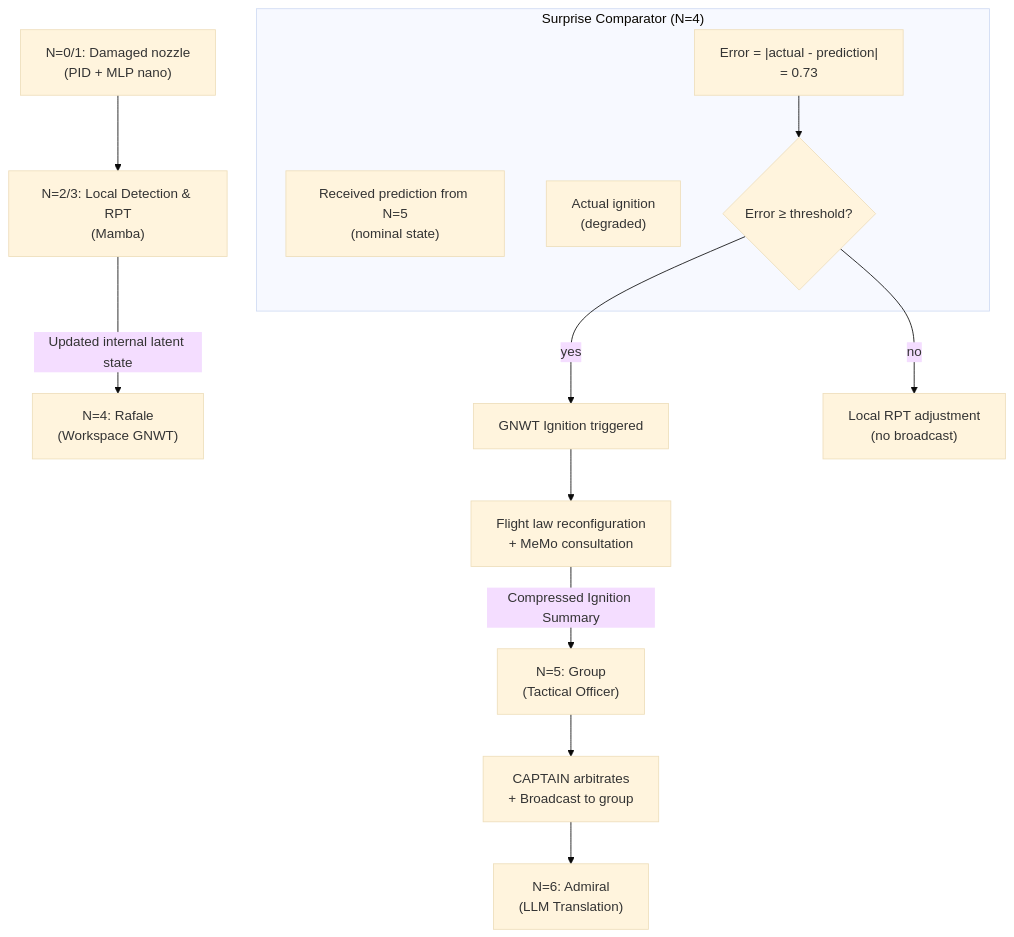
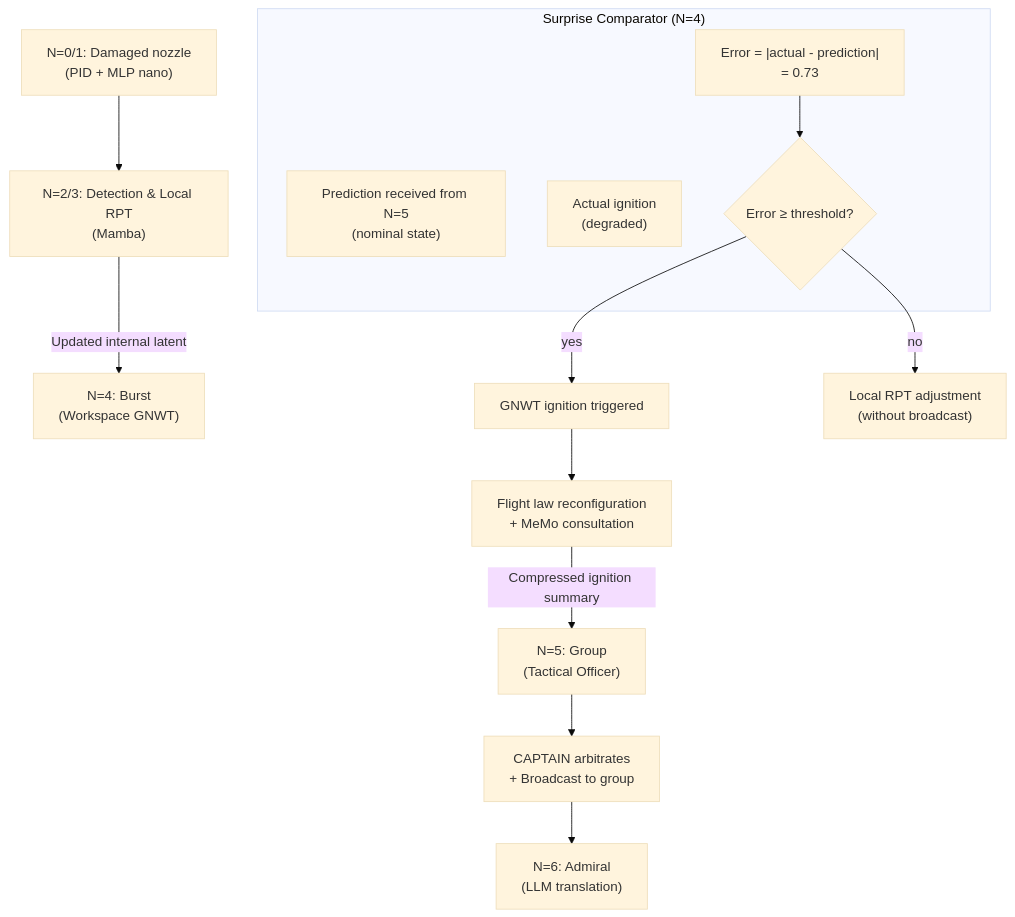
The sixth of 8 diagrams in architecture/architecture.md (AlainCo/GNWT-Garrigue-X-en), drawn with Mermaid (base theme) before and after one commit. The commit also changed other lines of this file and 31 other files, not shown here.

````diff
--- a/architecture/architecture.md
+++ b/architecture/architecture.md
@@ -133,23 +133,23 @@
 ```mermaid
 flowchart TD
-    A["N=0/1: Damaged nozzle\n(PID + MLP nano)"]
-    --> B["N=2/3: Local Detection & RPT\n(Mamba)"]
+    A["N=0/1: Damaged nozzle\n(PID + MLP nano)"] 
+    --> B["N=2/3: Detection & Local RPT\n(Mamba)"]
 
-    B -->|"Updated internal latent state"| C["N=4: Rafale\n(Workspace GNWT)"]
+    B -->|"Updated internal latent"| C["N=4: Burst\n(Workspace GNWT)"]
 
     subgraph Comparator ["Surprise Comparator (N=4)"]
-        D1["Received prediction from N=5\n(nominal state)"]
+        D1["Prediction received from N=5\n(nominal state)"]
         D2["Actual ignition\n(degraded)"]
         D3["Error = |actual - prediction|\n= 0.73"]
         D4{Error ≥ threshold?}
     end
 
     D3 --> D4
-    D4 -->|yes| E["GNWT Ignition triggered"]
-    D4 -->|no| F["Local RPT adjustment\n(no broadcast)"]
+    D4 -->|yes| E["GNWT ignition triggered"]
+    D4 -->|no| F["Local RPT adjustment\n(without broadcast)"]
 
     E --> G["Flight law reconfiguration\n+ MeMo consultation"]
-    G -->|"Compressed Ignition Summary"| H["N=5: Group\n(Tactical Officer)"]
+    G -->|"Compressed ignition summary"| H["N=5: Group\n(Tactical Officer)"]
     H --> I["CAPTAIN arbitrates\n+ Broadcast to group"]
-    I --> J["N=6: Admiral\n(LLM Translation)"]
+    I --> J["N=6: Admiral\n(LLM translation)"]
 ```
````
